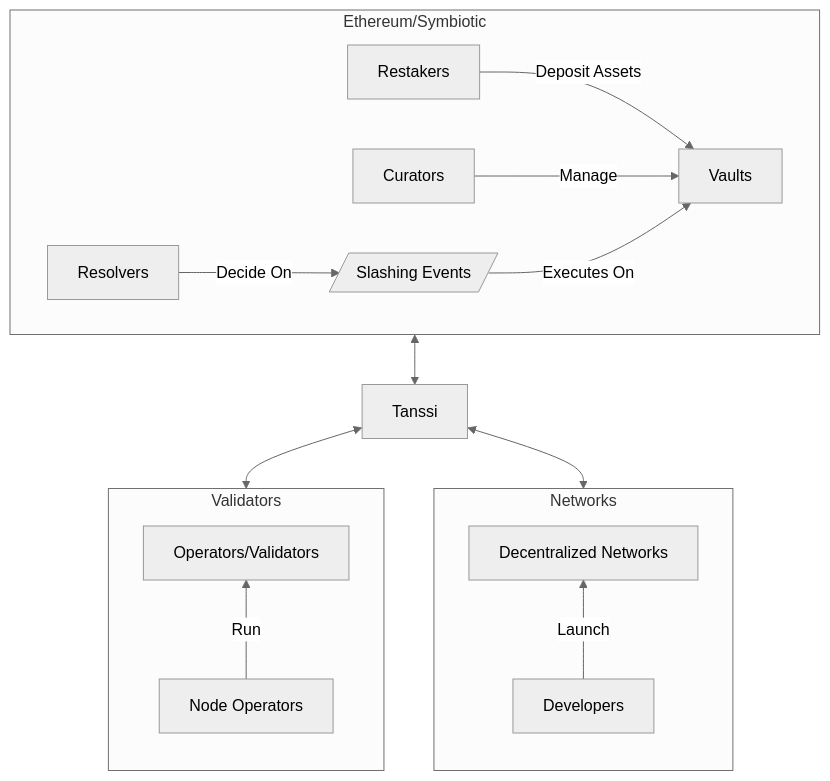
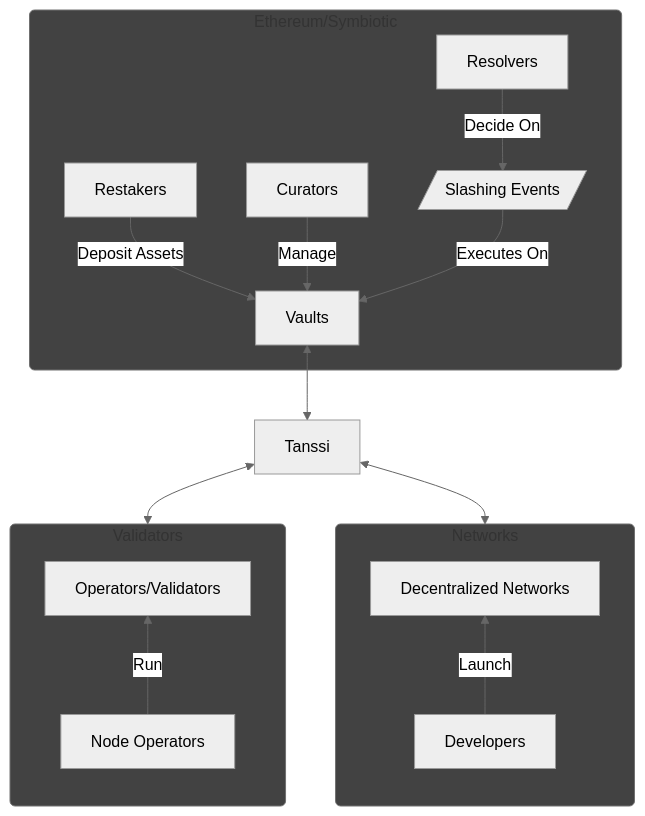
The first of 2 diagrams in learn/tanssi/external-security-providers/symbiotic.md (moondance-labs/tanssi-docs), drawn with Mermaid (neutral theme) before and after one commit. The commit also changed other lines of this file, not shown here.

Commit message:
adjust diagrams

````diff
--- a/learn/tanssi/external-security-providers/symbiotic.md
+++ b/learn/tanssi/external-security-providers/symbiotic.md
@@ -23,31 +23,38 @@
 ```mermaid
 flowchart TD
     %% Vaults subgraph
     subgraph Ethereum["Ethereum/Symbiotic"]
         slash[/Slashing Events/]
         Restakers -- Deposit Assets --> Vaults
         Curators -- Manage --> Vaults
         Resolvers -- Decide On --> slash
         slash -- Executes On --> Vaults
     end
 
     %% Validators subgraph
     subgraph Validators
         direction BT
         validators["Operators/Validators"]
         operators["Node Operators"]
         operators -- Run --> validators
+
     end
 
     %% Networks subgraph
     subgraph Networks
         direction BT
         developers["Developers"]
         networks["Decentralized Networks"]
         developers -- Launch --> networks
     end
 
-    Ethereum  <--> Tanssi
+    Vaults <--> Tanssi
     Tanssi <--> Validators
     Tanssi <--> Networks
+
+
+    classDef container fill:#424242, rx:5px, ry:5px
+    class Networks container
+    class Validators container
+    class Ethereum container
 ```
````
